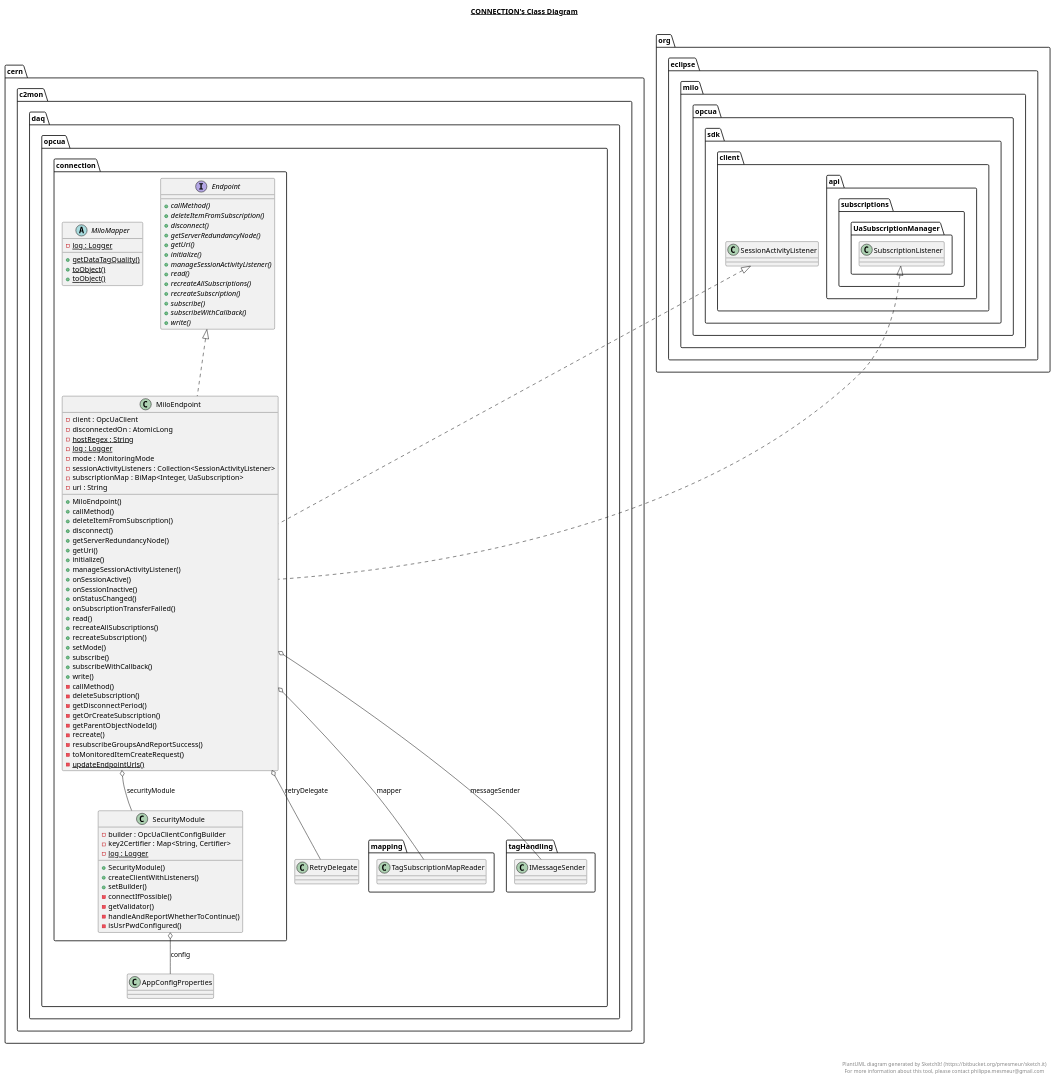
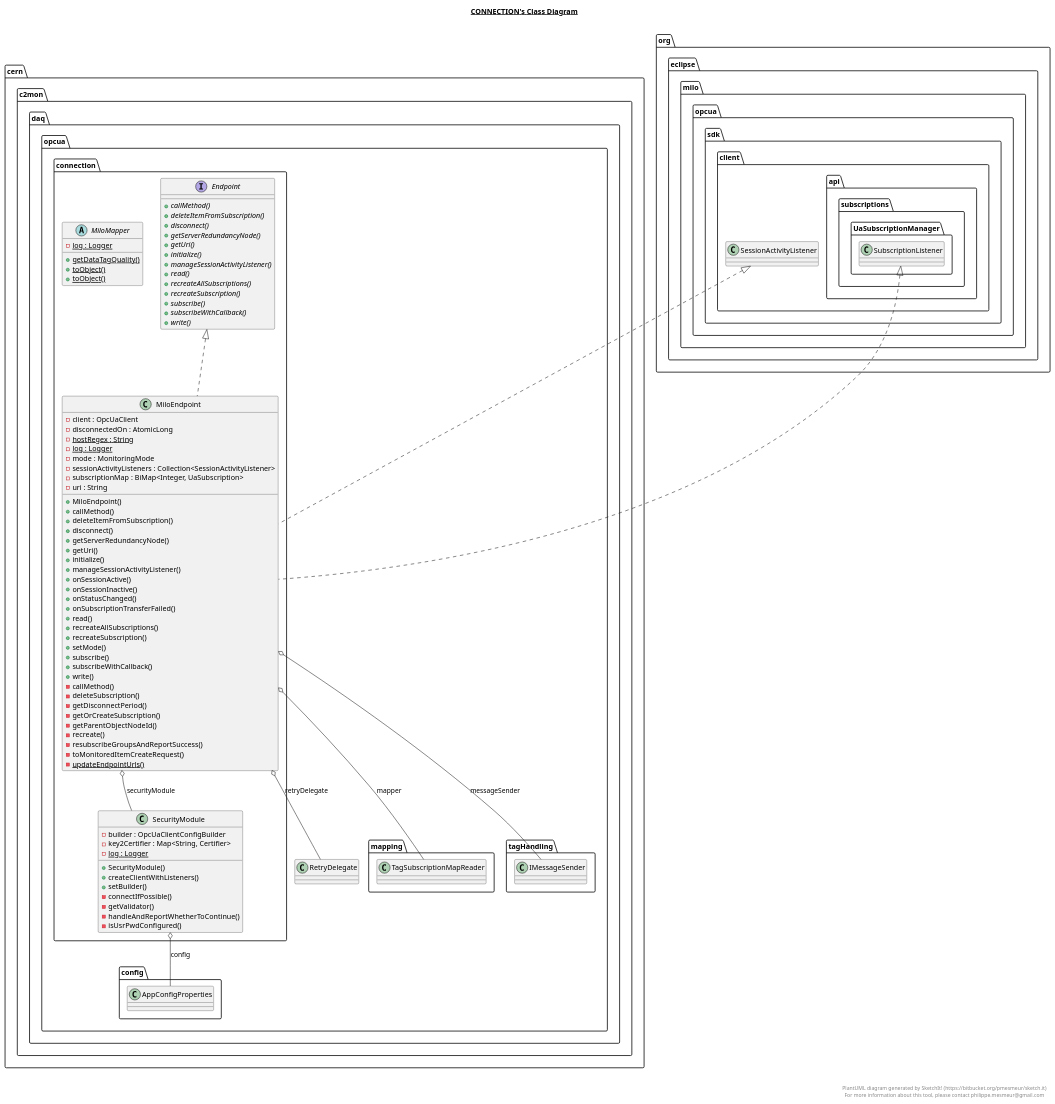
One commit to c2mon/c2mon-daq-opcua changed the diagram in src/main/java/cern/c2mon/daq/opcua/connection/connection.plantuml. Above: the diagram before and after it, drawn with PlantUML. The commit also changed 56 other files, not shown here.

```diff
--- a/src/main/java/cern/c2mon/daq/opcua/connection/connection.plantuml
+++ b/src/main/java/cern/c2mon/daq/opcua/connection/connection.plantuml
@@ -1,117 +1,117 @@
 @startuml
 
 title __CONNECTION's Class Diagram__\n
 
   namespace cern.c2mon.daq.opcua {
     namespace connection {
       interface cern.c2mon.daq.opcua.connection.Endpoint {
           {abstract} + callMethod()
           {abstract} + deleteItemFromSubscription()
           {abstract} + disconnect()
           {abstract} + getServerRedundancyNode()
           {abstract} + getUri()
           {abstract} + initialize()
           {abstract} + manageSessionActivityListener()
           {abstract} + read()
           {abstract} + recreateAllSubscriptions()
           {abstract} + recreateSubscription()
           {abstract} + subscribe()
           {abstract} + subscribeWithCallback()
           {abstract} + write()
       }
     }
   }
   
 
   namespace cern.c2mon.daq.opcua {
     namespace connection {
       class cern.c2mon.daq.opcua.connection.MiloEndpoint {
           - client : OpcUaClient
           - disconnectedOn : AtomicLong
           {static} - hostRegex : String
           {static} - log : Logger
           - mode : MonitoringMode
           - sessionActivityListeners : Collection<SessionActivityListener>
           - subscriptionMap : BiMap<Integer, UaSubscription>
           - uri : String
           + MiloEndpoint()
           + callMethod()
           + deleteItemFromSubscription()
           + disconnect()
           + getServerRedundancyNode()
           + getUri()
           + initialize()
           + manageSessionActivityListener()
           + onSessionActive()
           + onSessionInactive()
           + onStatusChanged()
           + onSubscriptionTransferFailed()
           + read()
           + recreateAllSubscriptions()
           + recreateSubscription()
           + setMode()
           + subscribe()
           + subscribeWithCallback()
           + write()
           - callMethod()
           - deleteSubscription()
           - getDisconnectPeriod()
           - getOrCreateSubscription()
           - getParentObjectNodeId()
           - recreate()
           - resubscribeGroupsAndReportSuccess()
           - toMonitoredItemCreateRequest()
           {static} - updateEndpointUrls()
       }
     }
   }
   
 
   namespace cern.c2mon.daq.opcua {
     namespace connection {
       abstract class cern.c2mon.daq.opcua.connection.MiloMapper {
           {static} - log : Logger
           {static} + getDataTagQuality()
           {static} + toObject()
           {static} + toObject()
       }
     }
   }
   
 
   namespace cern.c2mon.daq.opcua {
     namespace connection {
       class cern.c2mon.daq.opcua.connection.SecurityModule {
           - builder : OpcUaClientConfigBuilder
           - key2Certifier : Map<String, Certifier>
           {static} - log : Logger
           + SecurityModule()
           + createClientWithListeners()
           + setBuilder()
           - connectIfPossible()
           - getValidator()
           - handleAndReportWhetherToContinue()
           - isUsrPwdConfigured()
       }
     }
   }
   
 
   cern.c2mon.daq.opcua.connection.MiloEndpoint .up.|> cern.c2mon.daq.opcua.connection.Endpoint
   cern.c2mon.daq.opcua.connection.MiloEndpoint .up.|> org.eclipse.milo.opcua.sdk.client.SessionActivityListener
   cern.c2mon.daq.opcua.connection.MiloEndpoint .up.|> org.eclipse.milo.opcua.sdk.client.api.subscriptions.UaSubscriptionManager.SubscriptionListener
   cern.c2mon.daq.opcua.connection.MiloEndpoint o-- cern.c2mon.daq.opcua.mapping.TagSubscriptionMapReader : mapper
   cern.c2mon.daq.opcua.connection.MiloEndpoint o-- cern.c2mon.daq.opcua.tagHandling.IMessageSender : messageSender
   cern.c2mon.daq.opcua.connection.MiloEndpoint o-- cern.c2mon.daq.opcua.RetryDelegate : retryDelegate
   cern.c2mon.daq.opcua.connection.MiloEndpoint o-- cern.c2mon.daq.opcua.connection.SecurityModule : securityModule
-  cern.c2mon.daq.opcua.connection.SecurityModule o-- cern.c2mon.daq.opcua.AppConfigProperties : config
+  cern.c2mon.daq.opcua.connection.SecurityModule o-- cern.c2mon.daq.opcua.config.AppConfigProperties : config
 
 
 right footer
 
 
 PlantUML diagram generated by SketchIt! (https://bitbucket.org/pmesmeur/sketch.it)
 For more information about this tool, please contact philippe.mesmeur@gmail.com
 endfooter
 
 @enduml
```
